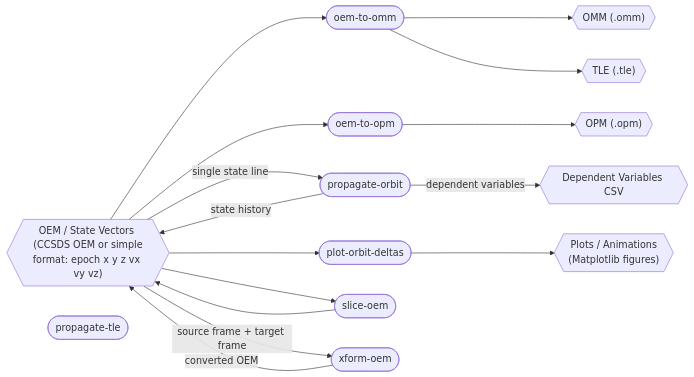
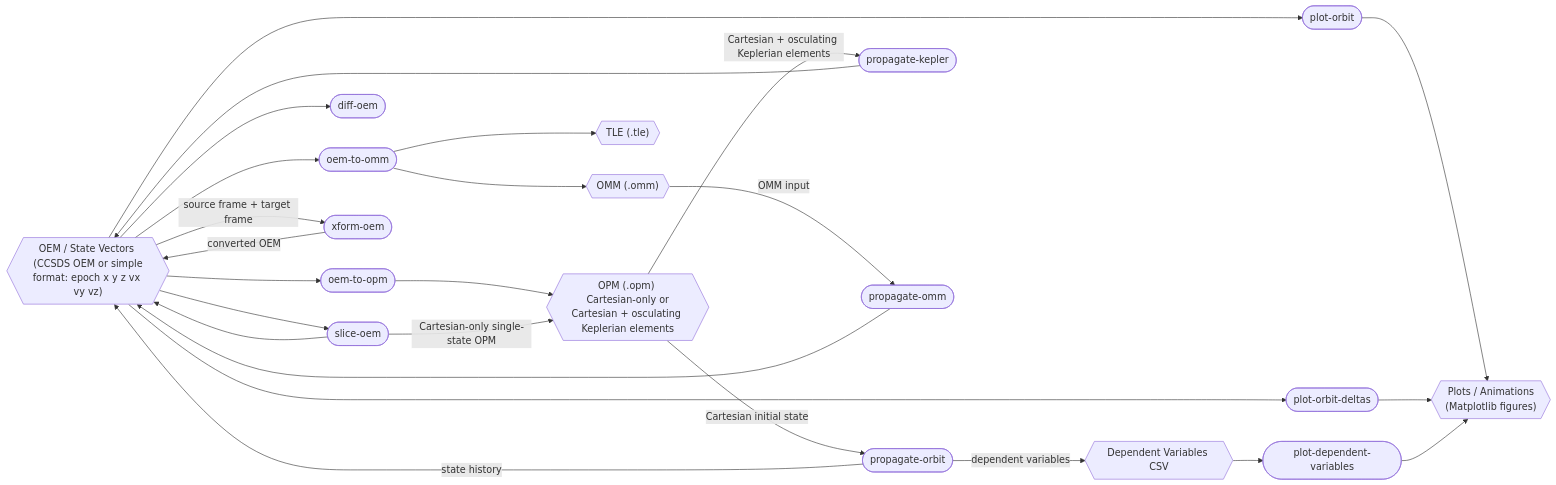
Before and after one commit to jeongyunl/ephem-toolkit: the first of 2 diagrams in README.md, drawn with Mermaid. The commit also changed other lines of this file and 2 other files, not shown here.

Commit message:
Update documentation: Enhance OPM format descriptions and update data flow diagrams to reflect current command set and data formats

````diff
--- a/README.md
+++ b/README.md
@@ -15,36 +15,53 @@
 ```mermaid
 flowchart LR
     fmt_oem{{"OEM / State Vectors <br/> (CCSDS OEM or simple format: epoch x y z vx vy vz)"}}
-    fmt_opm{{"OPM (.opm)"}}
+    fmt_opm{{"OPM (.opm) <br/> Cartesian-only or Cartesian + osculating Keplerian elements"}}
     fmt_omm{{"OMM (.omm)"}}
     fmt_tle{{"TLE (.tle)"}}
     fmt_dep_vars_csv{{"Dependent Variables CSV"}}
     fmt_plots{{"Plots / Animations <br/> (Matplotlib figures)"}}
 
     oem_to_omm(["oem-to-omm"])
     oem_to_opm(["oem-to-opm"])
     propagate_sat(["propagate-orbit"])
+    propagate_kepler(["propagate-kepler"])
+    propagate_omm(["propagate-omm"])
+    plot_orbit(["plot-orbit"])
     plot_orbit_deltas(["plot-orbit-deltas"])
+    plot_dep_vars(["plot-dependent-variables"])
+    diff_oem(["diff-oem"])
     slice_oem(["slice-oem"])
     xform_oem(["xform-oem"])
-    propagate_tle(["propagate-tle"])
 
     fmt_oem --> oem_to_omm
     oem_to_omm --> fmt_omm
     oem_to_omm --> fmt_tle
     fmt_oem --> oem_to_opm
     oem_to_opm --> fmt_opm
 
-    fmt_oem -->|"single state line"| propagate_sat
+    fmt_opm -->|"Cartesian initial state"| propagate_sat
     propagate_sat -->|"state history"| fmt_oem
     propagate_sat -->|"dependent variables"| fmt_dep_vars_csv
 
+    fmt_opm -->|"Cartesian + osculating Keplerian elements"| propagate_kepler
+    propagate_kepler --> fmt_oem
+
+    fmt_omm -->|"OMM input"| propagate_omm
+    propagate_omm --> fmt_oem
+
+    fmt_oem --> diff_oem
+    fmt_oem --> plot_orbit
     fmt_oem --> plot_orbit_deltas
+    plot_orbit --> fmt_plots
     plot_orbit_deltas --> fmt_plots
+
+    fmt_dep_vars_csv --> plot_dep_vars
+    plot_dep_vars --> fmt_plots
 
     fmt_oem --> slice_oem
     slice_oem --> fmt_oem
+    slice_oem -->|"Cartesian-only single-state OPM"| fmt_opm
 
     fmt_oem -->|"source frame + target frame"| xform_oem
     xform_oem -->|"converted OEM"| fmt_oem
 ```
````
